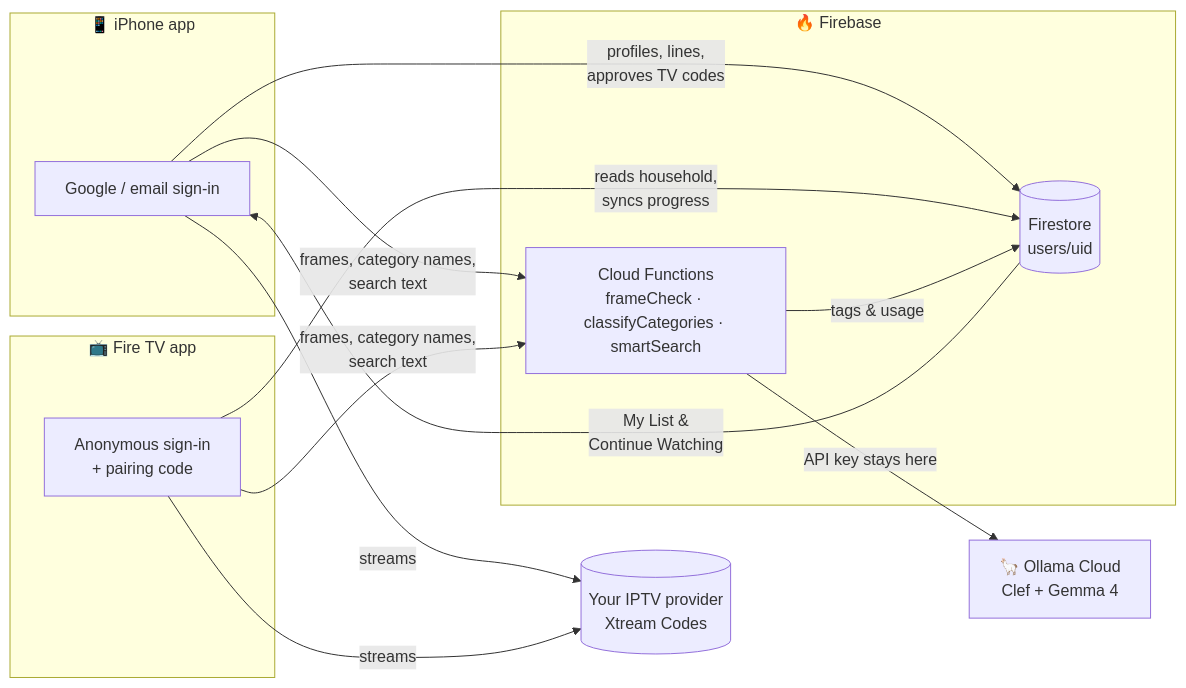
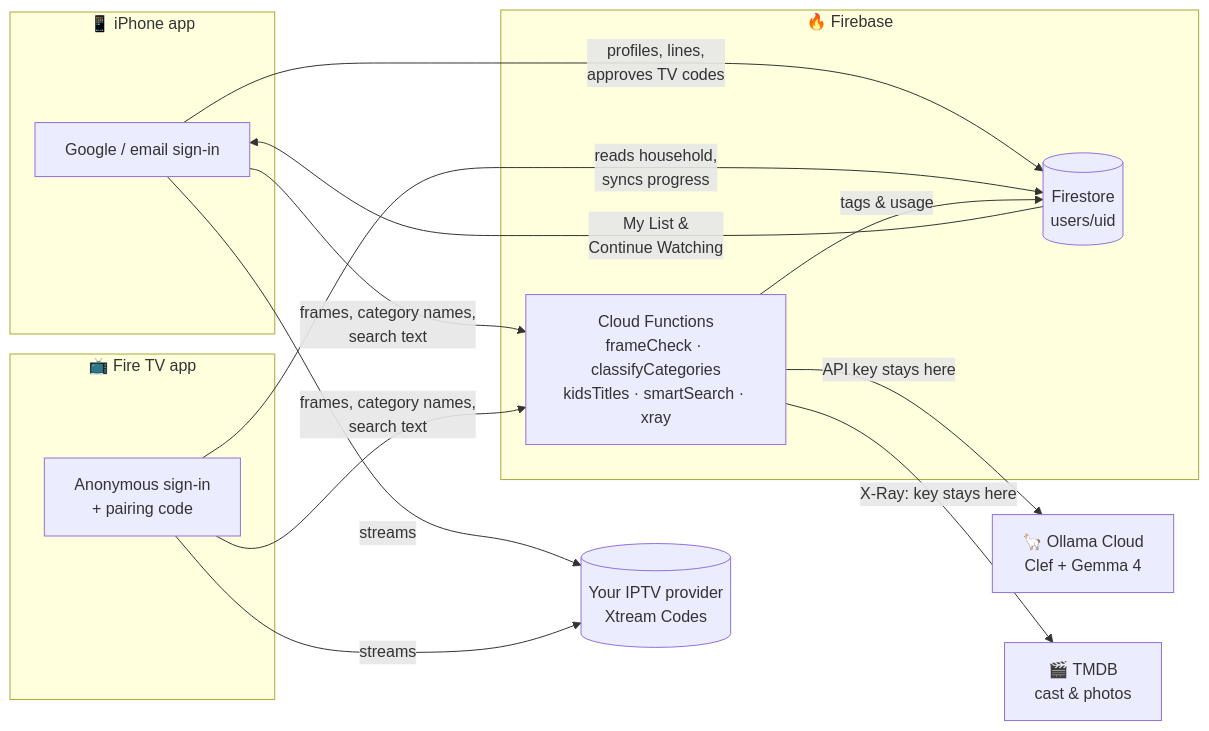
Before and after one commit to pri-te-sh/NUCFLIX: the first of 2 diagrams in README.md, drawn with Mermaid. The commit also changed other lines of this file, not shown here.

Commit message:
README: X-Ray (how it works, test results, data, TMDB attribution)

````diff
--- a/README.md
+++ b/README.md
@@ -116,24 +121,26 @@
 ```mermaid
 flowchart LR
     subgraph Phone["📱 iPhone app"]
         A[Google / email sign-in]
     end
     subgraph TV["📺 Fire TV app"]
         B[Anonymous sign-in<br/>+ pairing code]
     end
     subgraph FB["🔥 Firebase"]
         C[(Firestore<br/>users/uid)]
-        F[Cloud Functions<br/>frameCheck · classifyCategories · smartSearch]
+        F[Cloud Functions<br/>frameCheck · classifyCategories<br/>kidsTitles · smartSearch · xray]
     end
     O[🦙 Ollama Cloud<br/>Clef + Gemma 4]
+    T[🎬 TMDB<br/>cast & photos]
     P[(Your IPTV provider<br/>Xtream Codes)]
 
     A -- profiles, lines,<br/>approves TV codes --> C
     B -- reads household,<br/>syncs progress --> C
     C -- My List &<br/>Continue Watching --> A
     A & B -- frames, category names,<br/>search text --> F
     F -- API key stays here --> O
+    F -- X-Ray: key stays here --> T
     F -- tags & usage --> C
     A -- streams --> P
     B -- streams --> P
 ```
````
